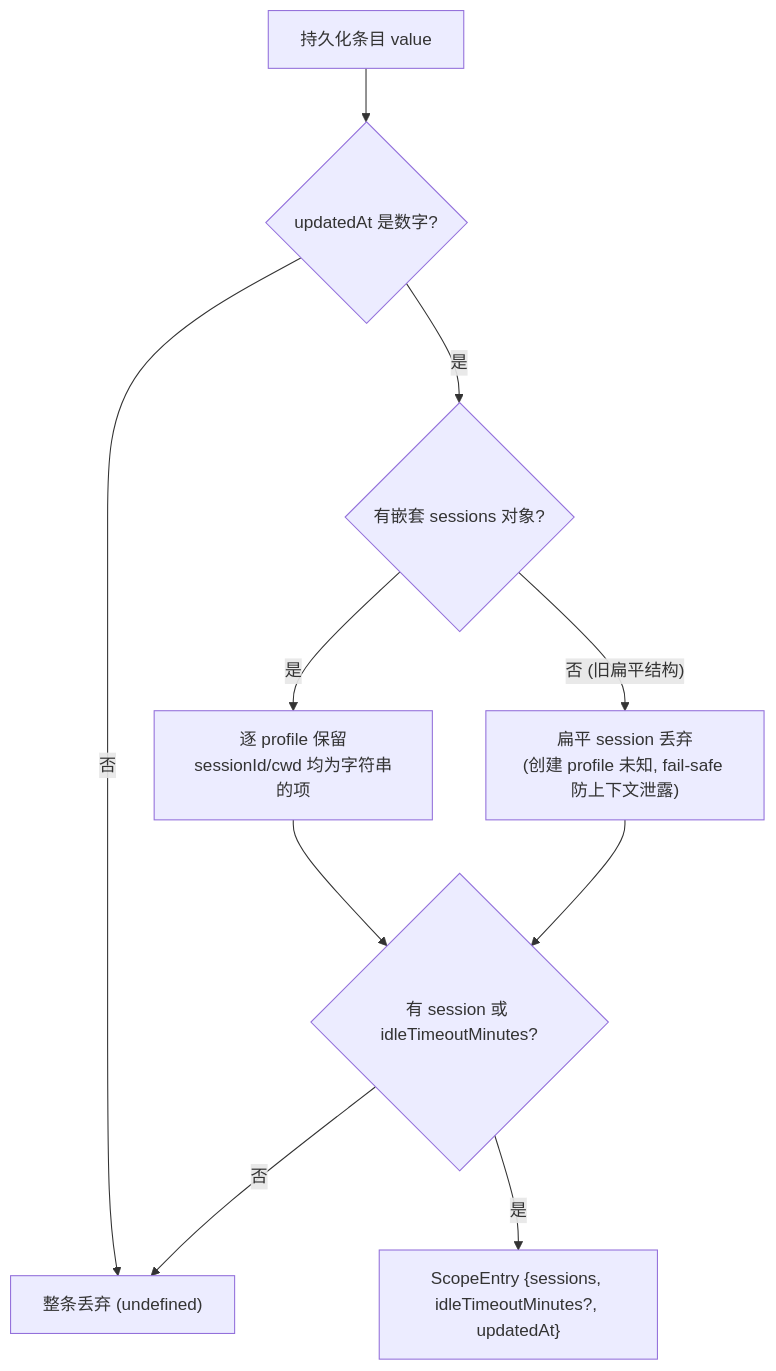
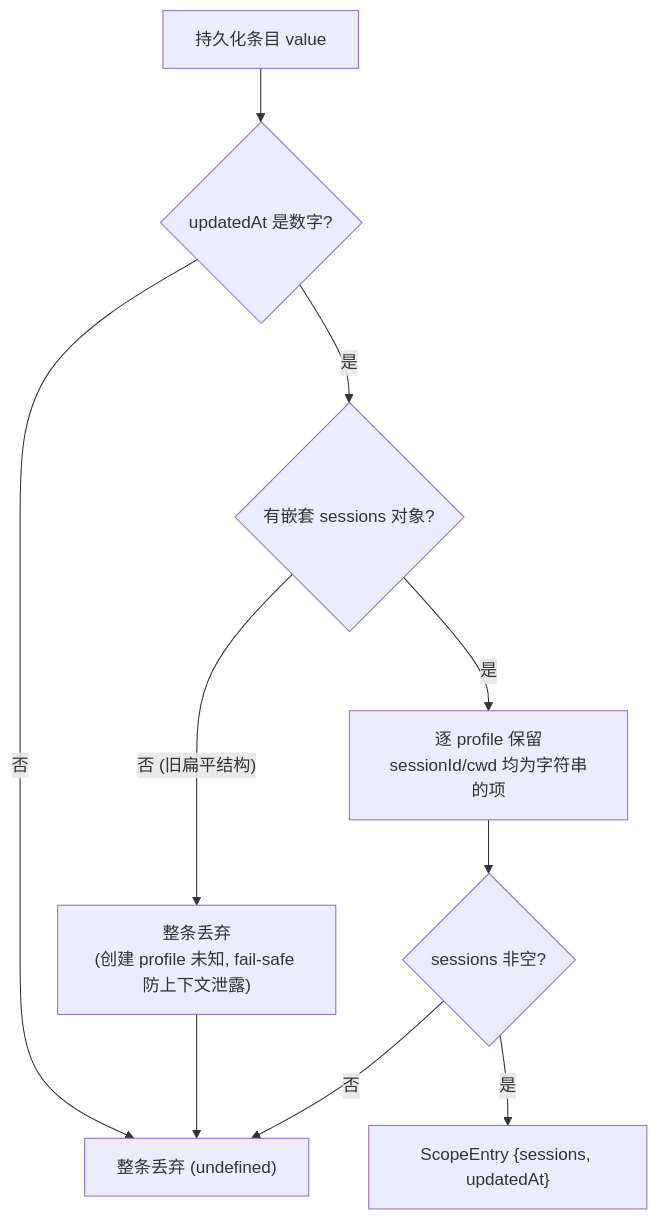
One commit to sorphwer/feishu-omp-bridge changed the first of 3 diagrams in how-it-works/07-sessions-workspaces-media.md. Above: the diagram before and after it, drawn with Mermaid. The commit also changed other lines of this file and 15 other files, not shown here.

````diff
--- a/how-it-works/07-sessions-workspaces-media.md
+++ b/how-it-works/07-sessions-workspaces-media.md
@@ -55,12 +53,12 @@
 ```mermaid
 flowchart TD
   V["持久化条目 value"] --> UA{"updatedAt 是数字?"}
   UA -->|否| DROP["整条丢弃 (undefined)"]
   UA -->|是| NEST{"有嵌套 sessions 对象?"}
   NEST -->|是| KEEP["逐 profile 保留<br/>sessionId/cwd 均为字符串的项"]
-  NEST -->|"否 (旧扁平结构)"| FLAT["扁平 session 丢弃<br/>(创建 profile 未知, fail-safe 防上下文泄露)"]
-  KEEP --> ANY{"有 session 或 idleTimeoutMinutes?"}
-  FLAT --> ANY
+  NEST -->|"否 (旧扁平结构)"| FLAT["整条丢弃<br/>(创建 profile 未知, fail-safe 防上下文泄露)"]
+  KEEP --> ANY{"sessions 非空?"}
+  FLAT --> DROP
   ANY -->|否| DROP
-  ANY -->|是| RET["ScopeEntry {sessions, idleTimeoutMinutes?, updatedAt}"]
+  ANY -->|是| RET["ScopeEntry {sessions, updatedAt}"]
 ```
````
